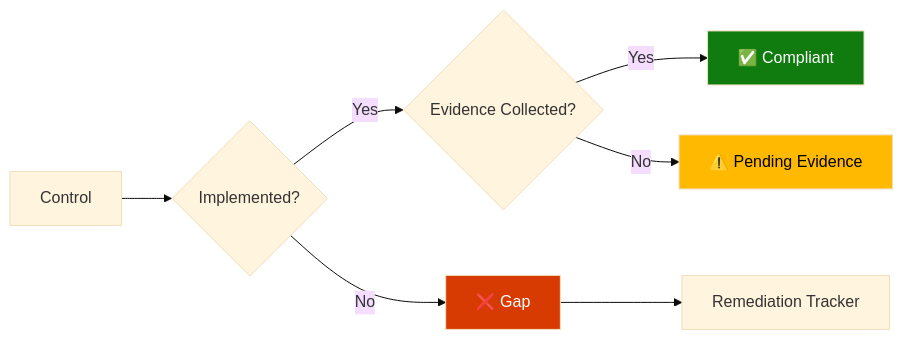
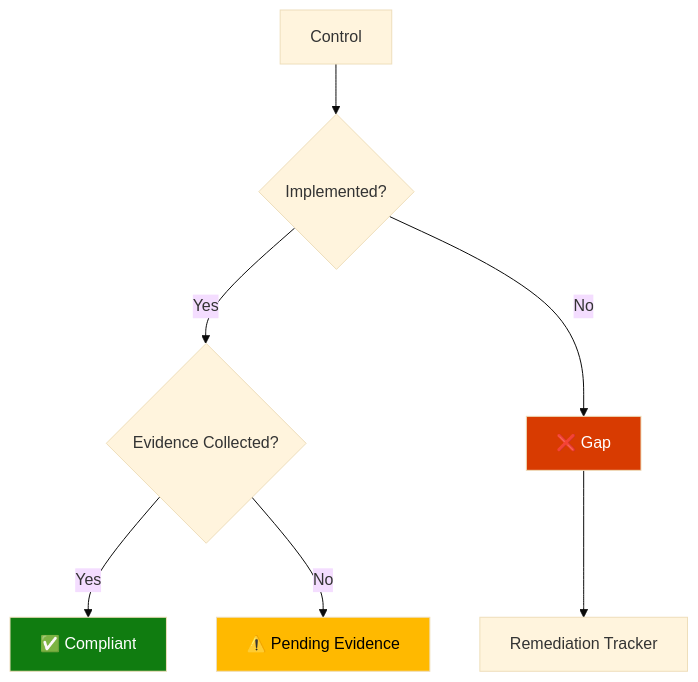
One commit to jonathan-vella/apex changed the sixth of 7 diagrams in site/src/content/docs/demo/08-as-built.md. Above: the diagram before and after it, drawn with Mermaid (base theme). The commit also changed other lines of this file and 6 other files, not shown here.

First line of the commit message:
fix(docs): change flowchart LR to TD for readable vertical layout

````diff
--- a/site/src/content/docs/demo/08-as-built.md
+++ b/site/src/content/docs/demo/08-as-built.md
@@ -907,12 +903,12 @@
 ```mermaid
-flowchart LR
+flowchart TD
     A["Control"] --> B{"Implemented?"}
     B -- Yes --> C{"Evidence Collected?"}
     B -- No --> D["❌ Gap"]
     C -- Yes --> E["✅ Compliant"]
     C -- No --> F["⚠️ Pending Evidence"]
     D --> G["Remediation Tracker"]
     style E fill:#107C10,color:#fff
     style D fill:#D83B01,color:#fff
     style F fill:#FFB900,color:#000
 ```
````
